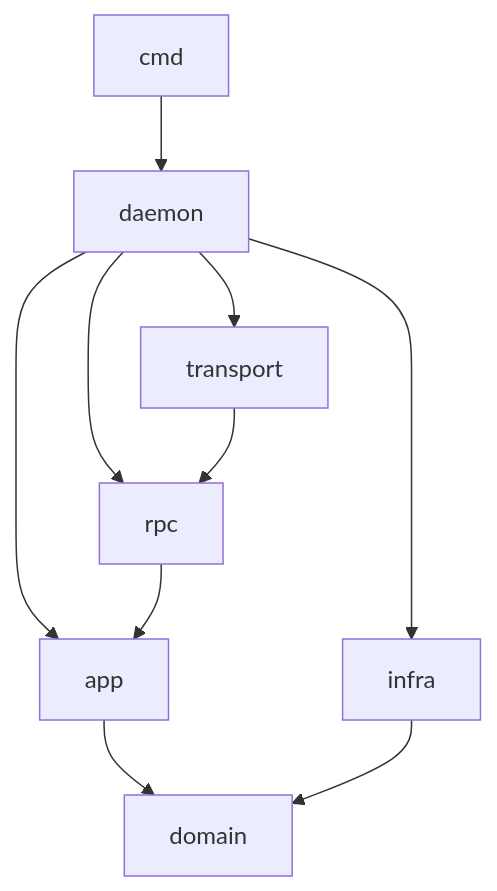
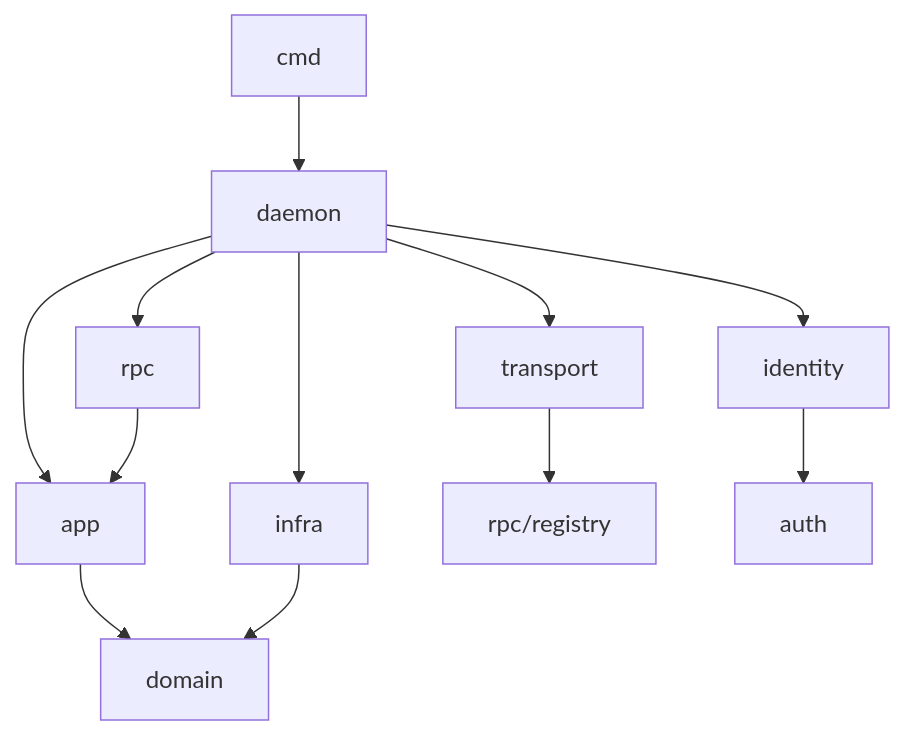
The first of 2 diagrams in ARCHITECTURE.md (oursky/nexus), drawn with Mermaid before and after one commit. The commit also changed other lines of this file, not shown here.

````diff
--- a/ARCHITECTURE.md
+++ b/ARCHITECTURE.md
@@ -22,12 +31,14 @@
 ```mermaid
 graph TD
     cmd --> daemon
     daemon --> transport
     daemon --> rpc
     daemon --> app
     daemon --> infra
+    daemon --> identity
     rpc --> app
     app --> domain
     infra --> domain
-    transport --> rpc
+    transport --> rpc/registry
+    identity --> auth
 ```
````
